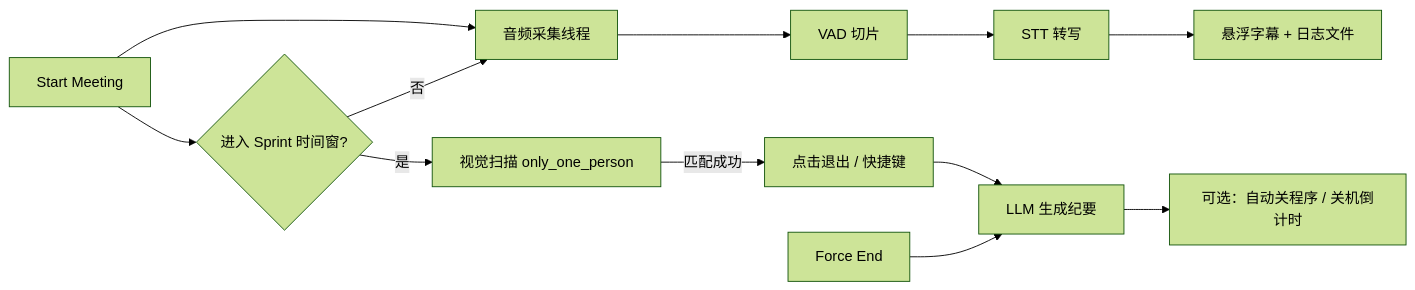
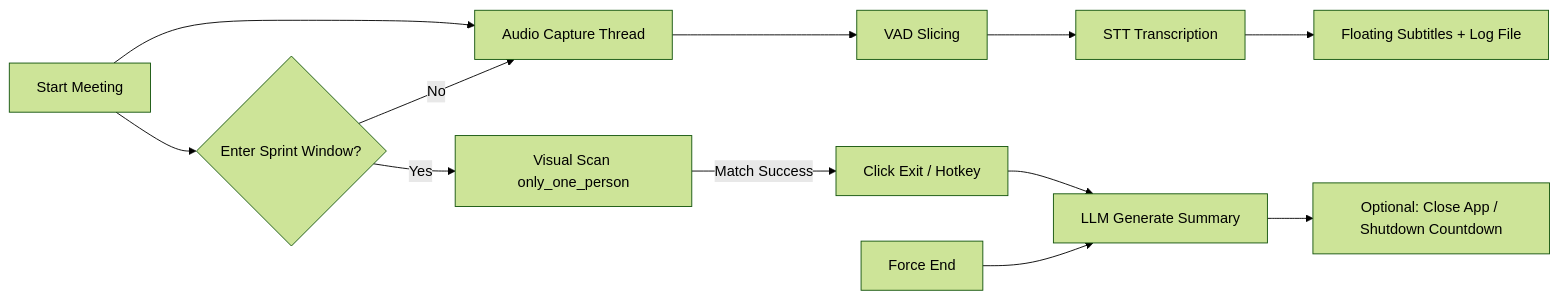
One commit to SallyBruce/teams-auto-assistant changed the diagram in README.md. Above: the diagram before and after it, drawn with Mermaid (forest theme). The commit also changed other lines of this file, not shown here.

````diff
--- a/README.md
+++ b/README.md
@@ -26,14 +26,14 @@
 ```mermaid
 flowchart LR
-    A[Start Meeting] --> B[音频采集线程]
-    B --> C[VAD 切片]
-    C --> D[STT 转写]
-    D --> E[悬浮字幕 + 日志文件]
-    A --> F{进入 Sprint 时间窗?}
-    F -->|是| G[视觉扫描 only_one_person]
-    G -->|匹配成功| H[点击退出 / 快捷键]
-    H --> I[LLM 生成纪要]
-    F -->|否| B
+    A[Start Meeting] --> B[Audio Capture Thread]
+    B --> C[VAD Slicing]
+    C --> D[STT Transcription]
+    D --> E[Floating Subtitles + Log File]
+    A --> F{Enter Sprint Window?}
+    F -->|Yes| G[Visual Scan only_one_person]
+    G -->|Match Success| H[Click Exit / Hotkey]
+    H --> I[LLM Generate Summary]
+    F -->|No| B
     J[Force End] --> I
-    I --> K[可选：自动关程序 / 关机倒计时]
+    I --> K[Optional: Close App / Shutdown Countdown]
 ```
````
